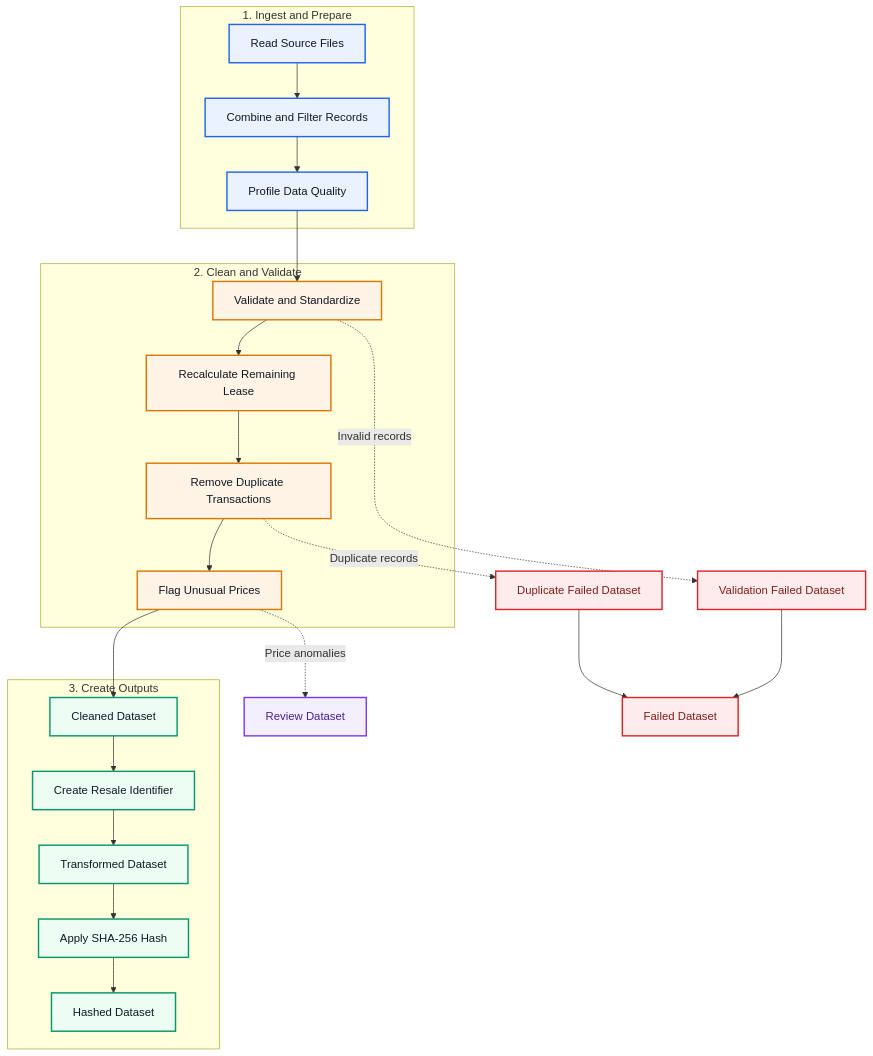
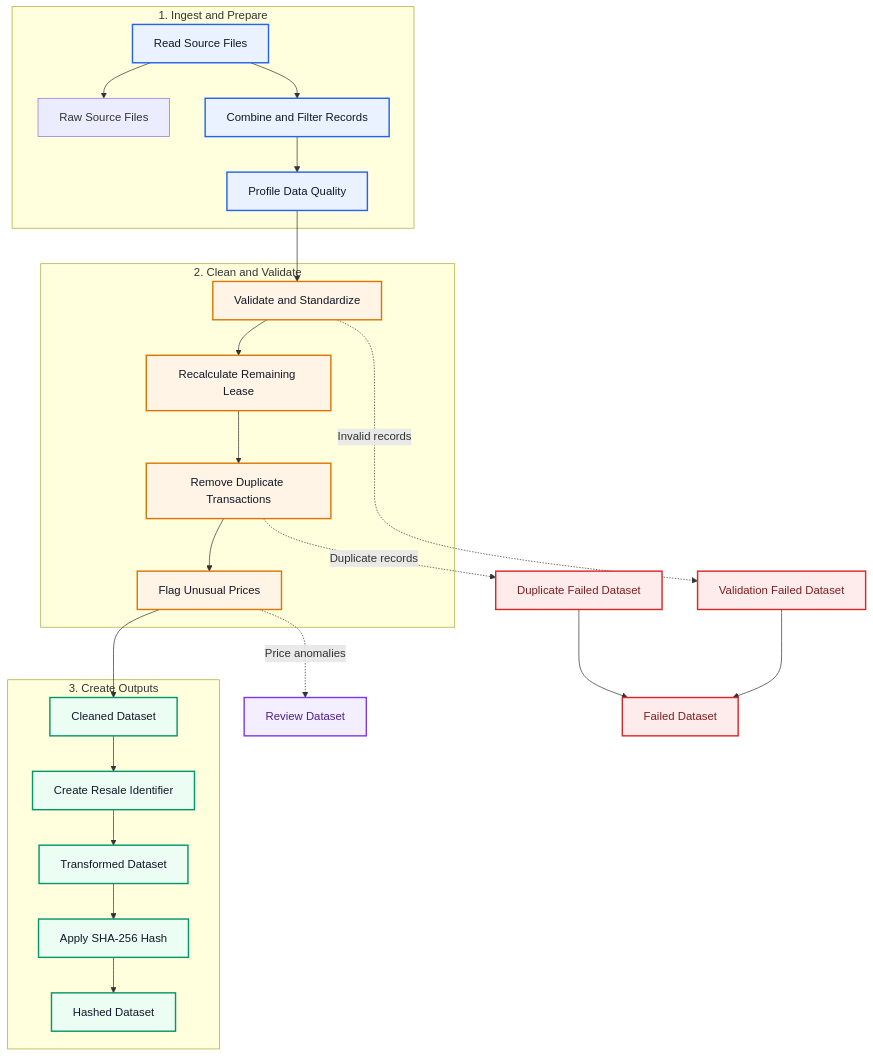
Before and after one commit to blaire101/HDB_SDE_Technical_Test_26: the diagram in README.md, drawn with Mermaid. The commit also changed other lines of this file, not shown here.

````diff
--- a/README.md
+++ b/README.md
@@ -22,50 +23,54 @@
 ```mermaid
 flowchart TD
     subgraph P1[1. Ingest and Prepare]
         A[Read Source Files]
+        R[Raw Source Files]
         B[Combine and Filter Records]
         C[Profile Data Quality]
+
+        A --> R
         A --> B --> C
     end
 
     subgraph P2[2. Clean and Validate]
         D[Validate and Standardize]
         E[Recalculate Remaining Lease]
         F[Remove Duplicate Transactions]
         G[Flag Unusual Prices]
+
         D --> E --> F --> G
     end
 
     subgraph P3[3. Create Outputs]
         H[Cleaned Dataset]
         I[Create Resale Identifier]
         J[Transformed Dataset]
         K[Apply SHA-256 Hash]
         L[Hashed Dataset]
 
         H --> I --> J --> K --> L
     end
 
     C --> D
     G --> H
 
     D -. Invalid records .-> X1[Validation Failed Dataset]
     F -. Duplicate records .-> X2[Duplicate Failed Dataset]
 
     X1 --> X[Failed Dataset]
     X2 --> X
 
     G -. Price anomalies .-> Y[Review Dataset]
 
     classDef ingest fill:#EAF2FF,stroke:#2563EB,stroke-width:2px,color:#111827;
     classDef quality fill:#FFF4E5,stroke:#D97706,stroke-width:2px,color:#111827;
     classDef output fill:#ECFDF3,stroke:#059669,stroke-width:2px,color:#111827;
     classDef failed fill:#FEECEC,stroke:#DC2626,stroke-width:2px,color:#7F1D1D;
     classDef review fill:#F3EFFE,stroke:#7C3AED,stroke-width:2px,color:#4C1D95;
 
     class A,B,C ingest;
     class D,E,F,G quality;
     class H,I,J,K,L output;
     class X1,X2,X failed;
     class Y review;
 ```
````
